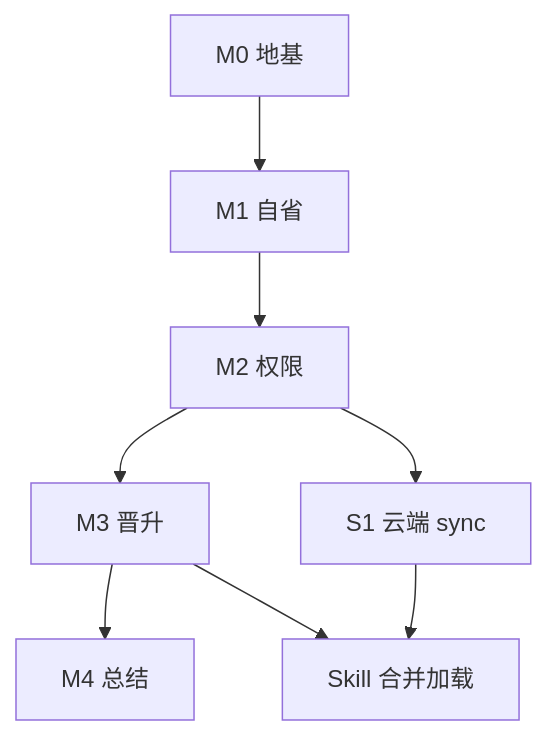
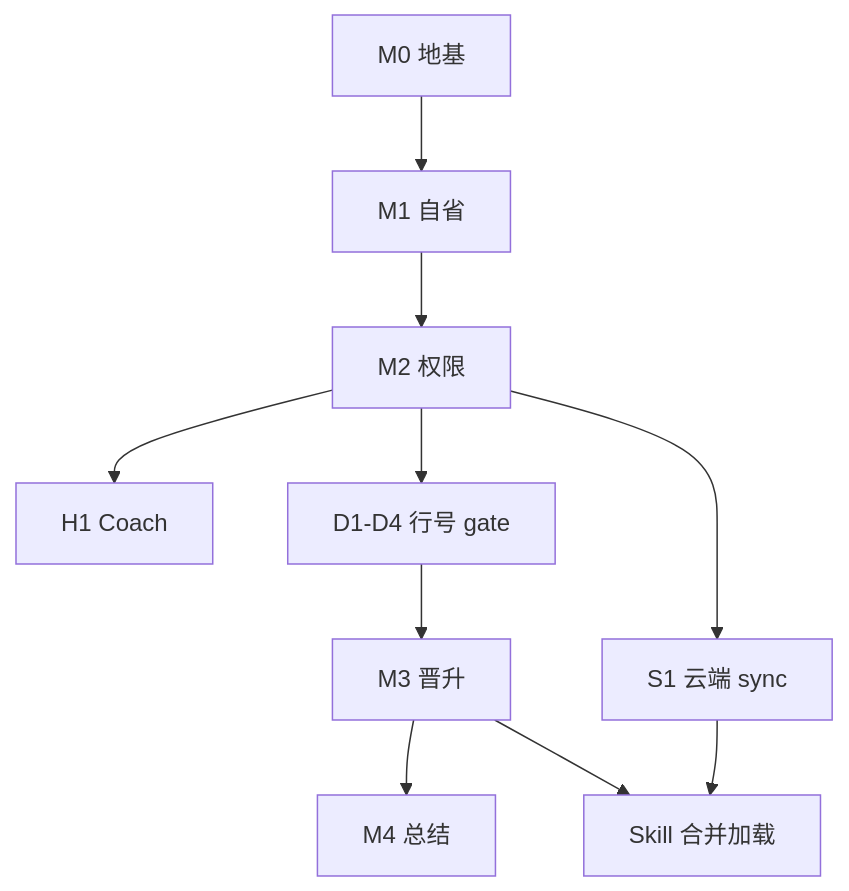
The diagram in doc/规划/自进化Agent/09-行动计划.md (fengshihao/agent1), drawn with Mermaid before and after one commit. The commit also changed other lines of this file, not shown here.

Commit message:
docs: 统一 09 中 D1-D4 门禁表述与依赖图

````diff
--- a/doc/规划/自进化Agent/09-行动计划.md
+++ b/doc/规划/自进化Agent/09-行动计划.md
@@ -187,16 +187,18 @@
 ```mermaid
 flowchart TD
   M0[M0 地基]
   M1[M1 自省]
   M2[M2 权限]
   M3[M3 晋升]
   M4[M4 总结]
   S1[S1 云端 sync]
 
   M0 --> M1 --> M2
-  M2 --> M3
+  M2 --> H1[H1 Coach]
+  M2 --> D4[D1-D4 行号 gate]
+  D4 --> M3
   M2 --> S1
   M3 --> M4
   S1 --> Load[Skill 合并加载]
   M3 --> Load
 ```
````
